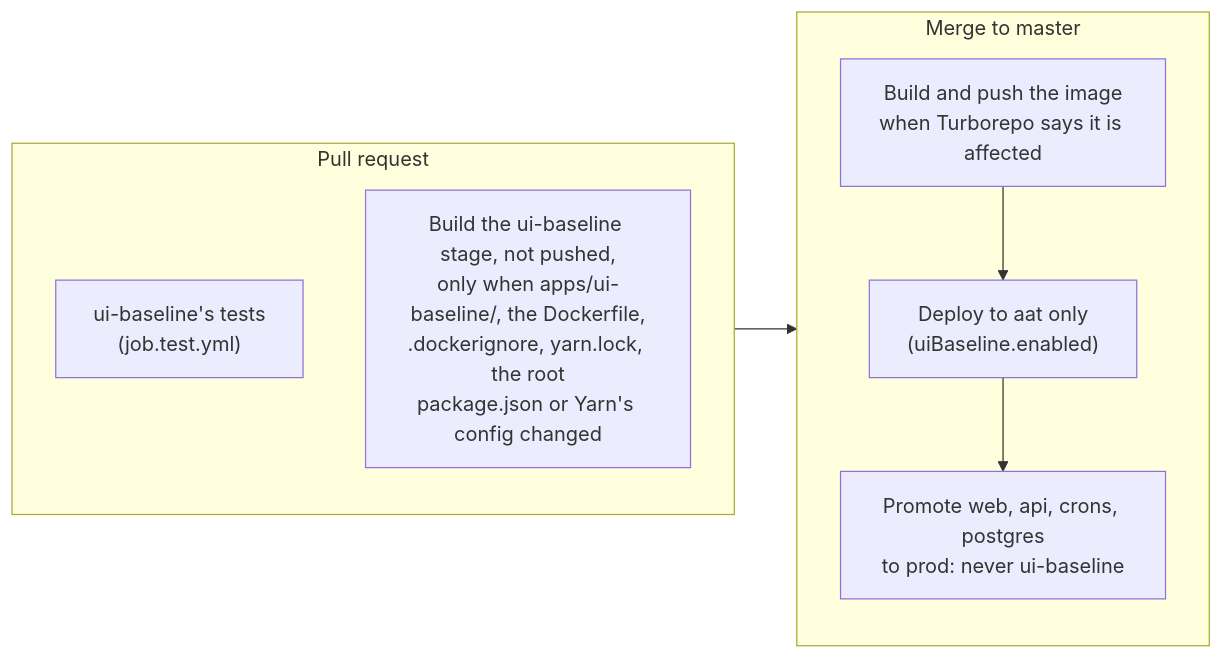
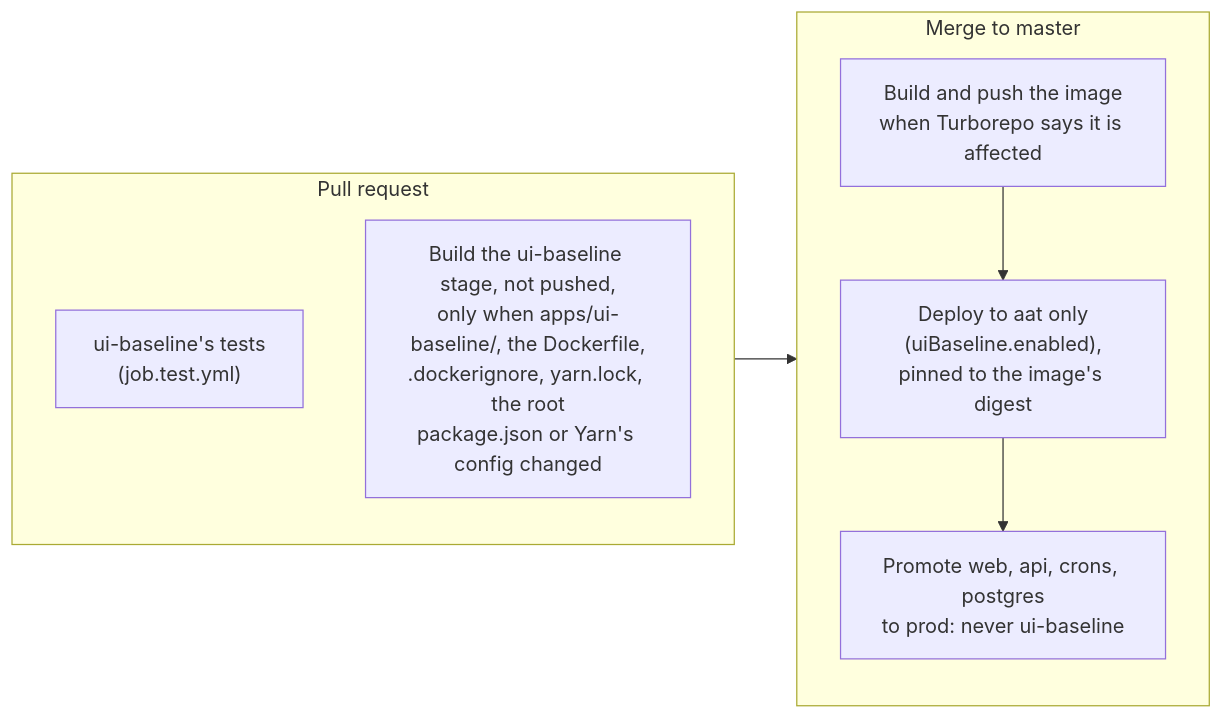
Before and after one commit to hmcts/cath-service: the eighth of 8 diagrams in apps/ui-baseline/ARCHITECTURE.md, drawn with Mermaid. The commit also changed other lines of this file and 6 other files, not shown here.

First line of the commit message:
fix(691): replace the ui-baseline pod only when its image changes

````diff
--- a/apps/ui-baseline/ARCHITECTURE.md
+++ b/apps/ui-baseline/ARCHITECTURE.md
@@ -230,14 +231,14 @@
 ```mermaid
 flowchart LR
   subgraph pr["Pull request"]
     tests["ui-baseline's tests<br/>(job.test.yml)"]
     verify["Build the ui-baseline stage, not pushed,<br/>only when apps/ui-baseline/, the Dockerfile,<br/>.dockerignore, yarn.lock, the root<br/>package.json or Yarn's config changed"]
   end
   subgraph master["Merge to master"]
     build["Build and push the image<br/>when Turborepo says it is affected"]
-    deploy["Deploy to aat only<br/>(uiBaseline.enabled)"]
+    deploy["Deploy to aat only<br/>(uiBaseline.enabled),<br/>pinned to the image's digest"]
     promote["Promote web, api, crons, postgres<br/>to prod: never ui-baseline"]
   end
   pr --> master
   build --> deploy --> promote
 ```
````
